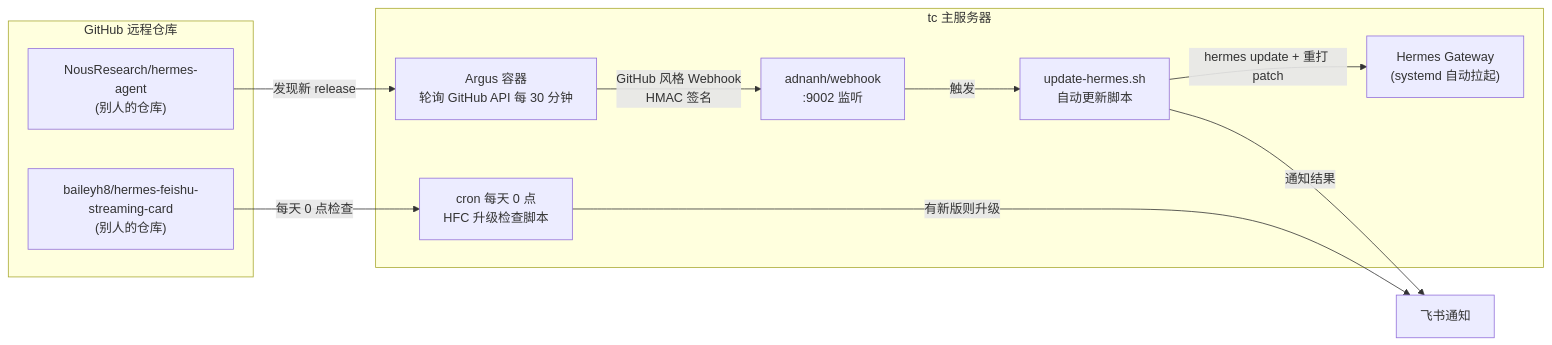
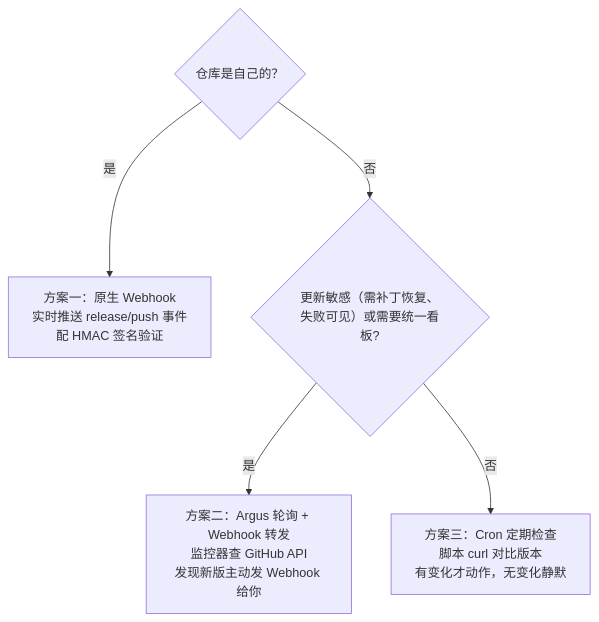
Before and after one commit to Cassius0924/Cassius0924.github.io: the first of 2 diagrams in content/posts/给hermes加上github-release自动订阅更新.md, drawn with Mermaid. The commit also changed other lines of this file, not shown here.

Commit message:
docs: 重写为方法论——GitHub Release 自动化更新三模式（Webhook/Argus/Cron）

```diff
--- a/content/posts/给hermes加上github-release自动订阅更新.md
+++ b/content/posts/给hermes加上github-release自动订阅更新.md
@@ -63,25 +65,8 @@
 <pre class="mermaid">
-flowchart LR
-    subgraph GitHub["GitHub 远程仓库"]
-        R1["NousResearch/hermes-agent<br/>(别人的仓库)"]
-        R2["baileyh8/hermes-feishu-streaming-card<br/>(别人的仓库)"]
-    end
-
-    subgraph TC["tc 主服务器"]
-        A["Argus 容器<br/>轮询 GitHub API 每 30 分钟"]
-        W["adnanh/webhook<br/>:9002 监听"]
-        S["update-hermes.sh<br/>自动更新脚本"]
-        G["Hermes Gateway<br/>(systemd 自动拉起)"]
-        C["cron 每天 0 点<br/>HFC 升级检查脚本"]
-    end
-
-    U["飞书通知"]
-
-    R1 -- "发现新 release" --> A
-    A -- "GitHub 风格 Webhook<br/>HMAC 签名" --> W
-    W -- "触发" --> S
-    S -- "hermes update + 重打 patch" --> G
-    S -- "通知结果" --> U
-    R2 -- "每天 0 点检查" --> C
-    C -- "有新版则升级" --> U
+flowchart TD
+    Q1{"仓库是自己的？"}
+    Q1 -- "是" --> A["方案一：原生 Webhook<br/>实时推送 release/push 事件<br/>配 HMAC 签名验证"]
+    Q1 -- "否" --> Q2{"更新敏感（需补丁恢复、<br/>失败可见）或需要统一看板?"}
+    Q2 -- "是" --> B["方案二：Argus 轮询 + Webhook 转发<br/>监控器查 GitHub API<br/>发现新版主动发 Webhook 给你"]
+    Q2 -- "否" --> C["方案三：Cron 定期检查<br/>脚本 curl 对比版本<br/>有变化才动作，无变化静默"]
 </pre>
```
